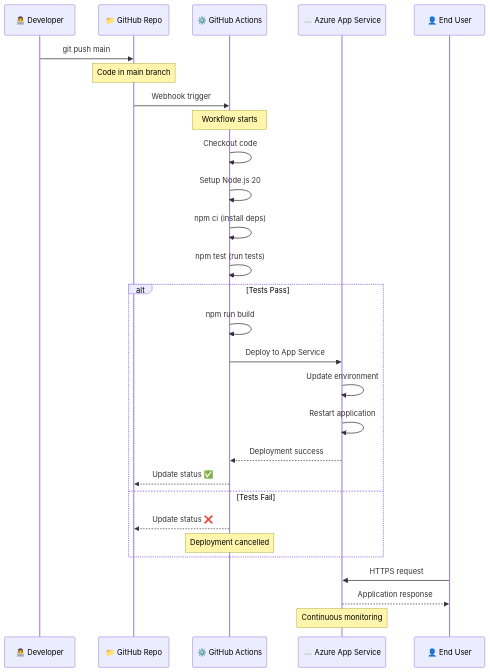
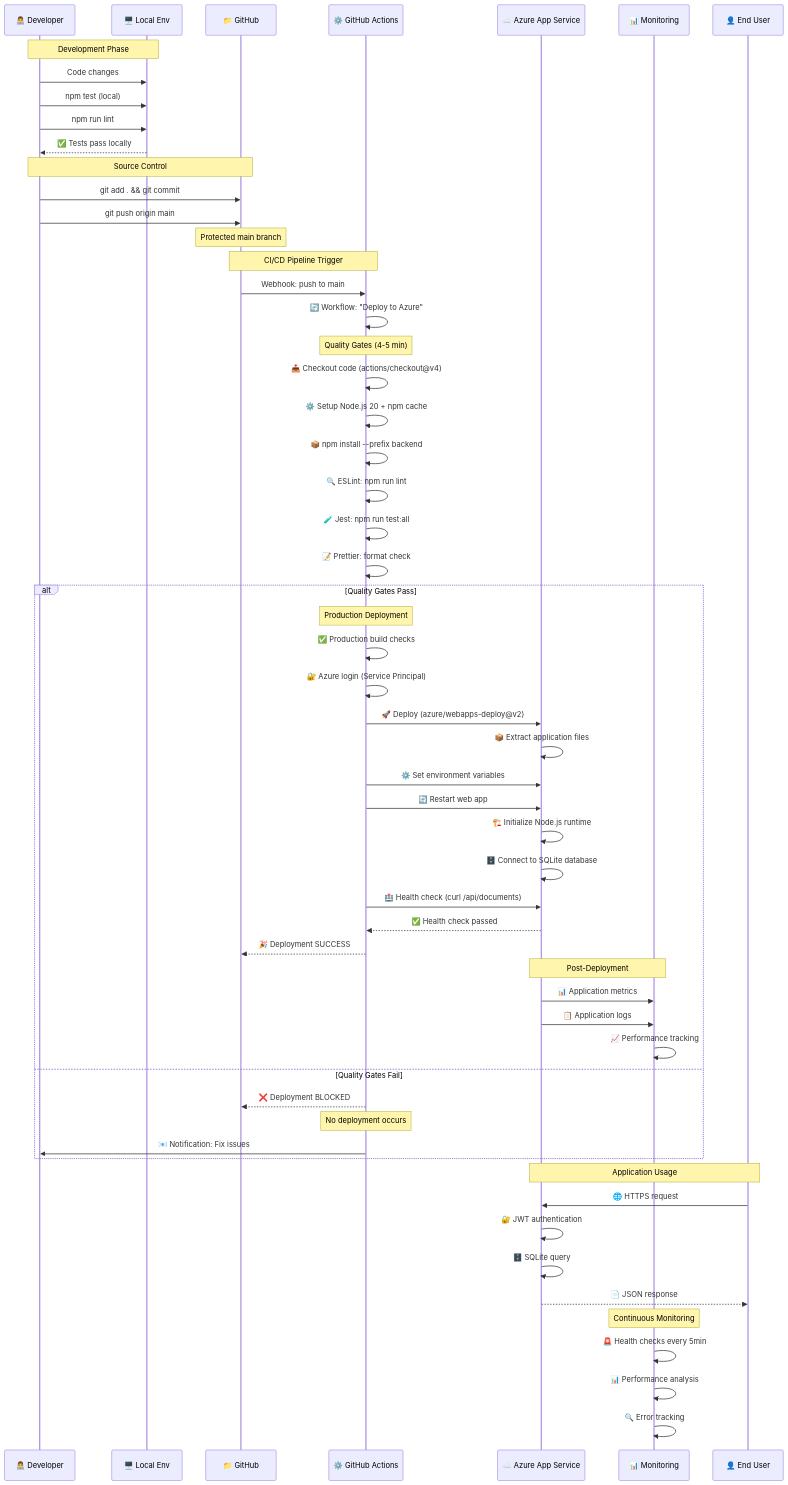
One commit to musicFlow9999/Smart-Note-Taking-Web-App-Implementation-Guide changed the fourth of 4 diagrams in README.md. Above: the diagram before and after it, drawn with Mermaid. The commit also changed other lines of this file, not shown here.

First line of the commit message:
Enhance CI/CD pipeline with comprehensive Mermaid diagrams

````diff
--- a/README.md
+++ b/README.md
@@ -441,36 +486,69 @@
 ```mermaid
 sequenceDiagram
     participant Dev as 👨‍💻 Developer
-    participant Git as 📁 GitHub Repo
-    participant GA as ⚙️ GitHub Actions
+    participant Local as 🖥️ Local Env
+    participant Git as 📁 GitHub
+    participant Actions as ⚙️ GitHub Actions
     participant Azure as ☁️ Azure App Service
+    participant Monitor as 📊 Monitoring
     participant User as 👤 End User
 
-    Dev->>Git: git push main
-    Note over Git: Code in main branch
+    Note over Dev,Local: Development Phase
+    Dev->>Local: Code changes
+    Dev->>Local: npm test (local)
+    Dev->>Local: npm run lint
+    Local-->>Dev: ✅ Tests pass locally
     
-    Git->>GA: Webhook trigger
-    Note over GA: Workflow starts
+    Note over Dev,Git: Source Control
+    Dev->>Git: git add . && git commit
+    Dev->>Git: git push origin main
+    Note over Git: Protected main branch
     
-    GA->>GA: Checkout code
-    GA->>GA: Setup Node.js 20
-    GA->>GA: npm ci (install deps)
-    GA->>GA: npm test (run tests)
+    Note over Git,Actions: CI/CD Pipeline Trigger
+    Git->>Actions: Webhook: push to main
+    Actions->>Actions: 🔄 Workflow: "Deploy to Azure"
     
-    alt Tests Pass
-        GA->>GA: npm run build
-        GA->>Azure: Deploy to App Service
-        Azure->>Azure: Update environment
-        Azure->>Azure: Restart application
-        Azure-->>GA: Deployment success
-        GA-->>Git: Update status ✅
-    else Tests Fail
-        GA-->>Git: Update status ❌
-        Note over GA: Deployment cancelled
+    Note over Actions: Quality Gates (4-5 min)
+    Actions->>Actions: 📥 Checkout code (actions/checkout@v4)
+    Actions->>Actions: ⚙️ Setup Node.js 20 + npm cache
+    Actions->>Actions: 📦 npm install --prefix backend
+    Actions->>Actions: 🔍 ESLint: npm run lint
+    Actions->>Actions: 🧪 Jest: npm run test:all
+    Actions->>Actions: 📝 Prettier: format check
+    
+    alt Quality Gates Pass
+        Note over Actions: Production Deployment
+        Actions->>Actions: ✅ Production build checks
+        Actions->>Actions: 🔐 Azure login (Service Principal)
+        Actions->>Azure: 🚀 Deploy (azure/webapps-deploy@v2)
+        Azure->>Azure: 📦 Extract application files
+        Actions->>Azure: ⚙️ Set environment variables
+        Actions->>Azure: 🔄 Restart web app
+        Azure->>Azure: 🏗️ Initialize Node.js runtime
+        Azure->>Azure: 🗄️ Connect to SQLite database
+        Actions->>Azure: 🏥 Health check (curl /api/documents)
+        Azure-->>Actions: ✅ Health check passed
+        Actions-->>Git: 🎉 Deployment SUCCESS
+        
+        Note over Azure,Monitor: Post-Deployment
+        Azure->>Monitor: 📊 Application metrics
+        Azure->>Monitor: 📋 Application logs
+        Monitor->>Monitor: 📈 Performance tracking
+        
+    else Quality Gates Fail
+        Actions-->>Git: ❌ Deployment BLOCKED
+        Note over Actions: No deployment occurs
+        Actions->>Dev: 📧 Notification: Fix issues
     end
     
-    User->>Azure: HTTPS request
-    Azure-->>User: Application response
+    Note over User,Azure: Application Usage
+    User->>Azure: 🌐 HTTPS request
+    Azure->>Azure: 🔐 JWT authentication
+    Azure->>Azure: 🗄️ SQLite query
+    Azure-->>User: 📄 JSON response
     
-    Note over Azure: Continuous monitoring
+    Note over Monitor: Continuous Monitoring
+    Monitor->>Monitor: 🚨 Health checks every 5min
+    Monitor->>Monitor: 📊 Performance analysis
+    Monitor->>Monitor: 🔍 Error tracking
 ```
````
